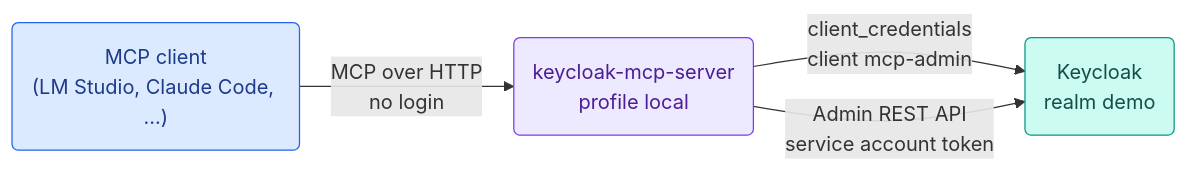
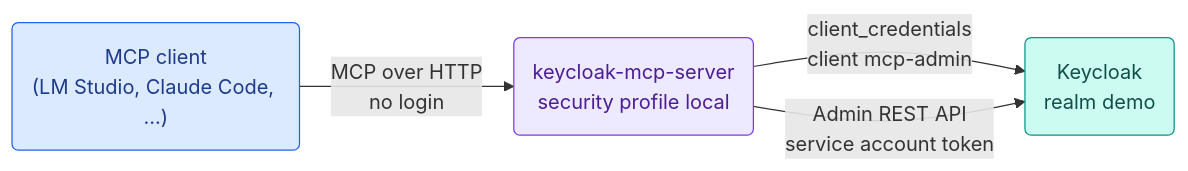
Before and after one commit to edewit/keycloak-mcp-server: the first of 10 diagrams in docs/scenarios.md, drawn with Mermaid. The commit also changed other lines of this file, not shown here.

First line of the commit message:
Bring the scenario diagrams up to date with instance roles, the UI and XAA.

````diff
--- a/docs/scenarios.md
+++ b/docs/scenarios.md
@@ -17,15 +17,15 @@
 ```mermaid
 flowchart LR
-    M("MCP client<br/>(LM Studio, Claude Code, ...)") -- "MCP over HTTP<br/>no login" --> S("keycloak-mcp-server<br/>profile local")
+    M("MCP client<br/>(LM Studio, Claude Code, ...)") -- "MCP over HTTP<br/>no login" --> S("keycloak-mcp-server<br/>security profile local")
     S -- "client_credentials<br/>client mcp-admin" --> K("Keycloak<br/>realm demo")
     S -- "Admin REST API<br/>service account token" --> K
     classDef client fill:#dbeafe,stroke:#2563eb,color:#1e3a8a
     classDef server fill:#ede9fe,stroke:#7c3aed,color:#4c1d95
     classDef keycloak fill:#ccfbf1,stroke:#0d9488,color:#134e4a
     classDef infra fill:#fef3c7,stroke:#d97706,color:#78350f
     classDef confirm fill:#ffe4e6,stroke:#e11d48,color:#881337
     classDef audit fill:#e2e8f0,stroke:#64748b,color:#1e293b
     class M client
     class S server
     class K keycloak
 ```
````
